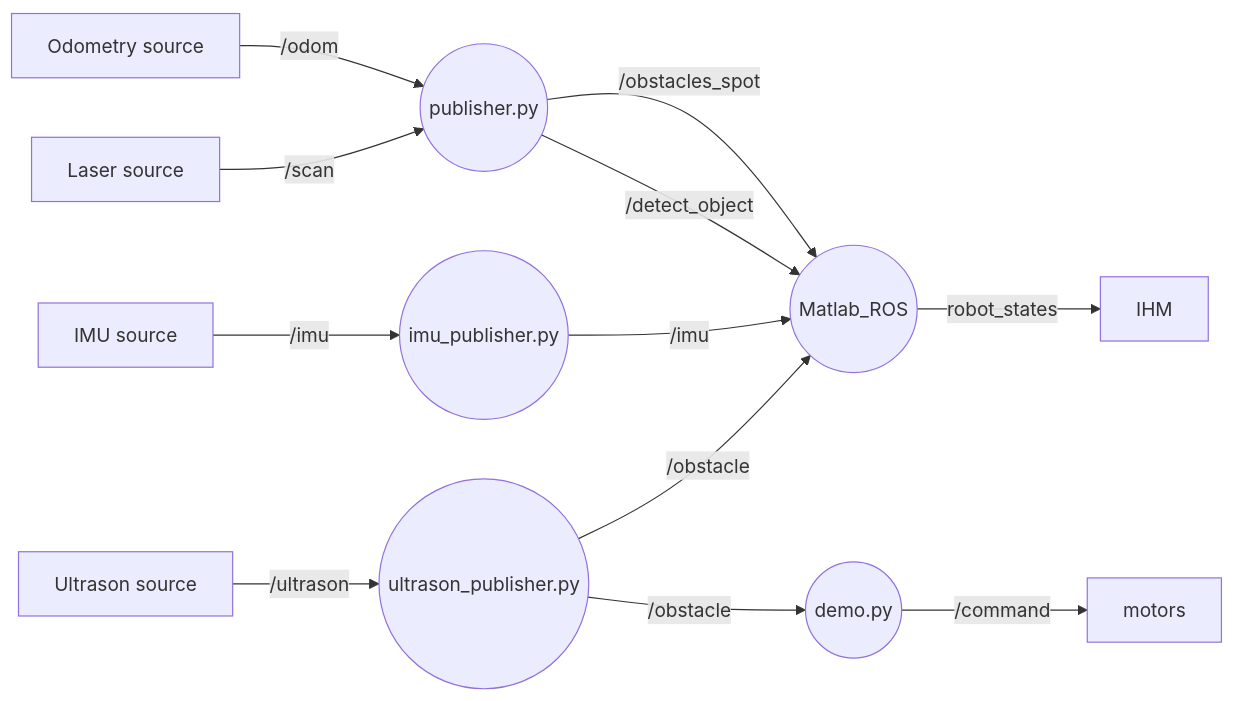
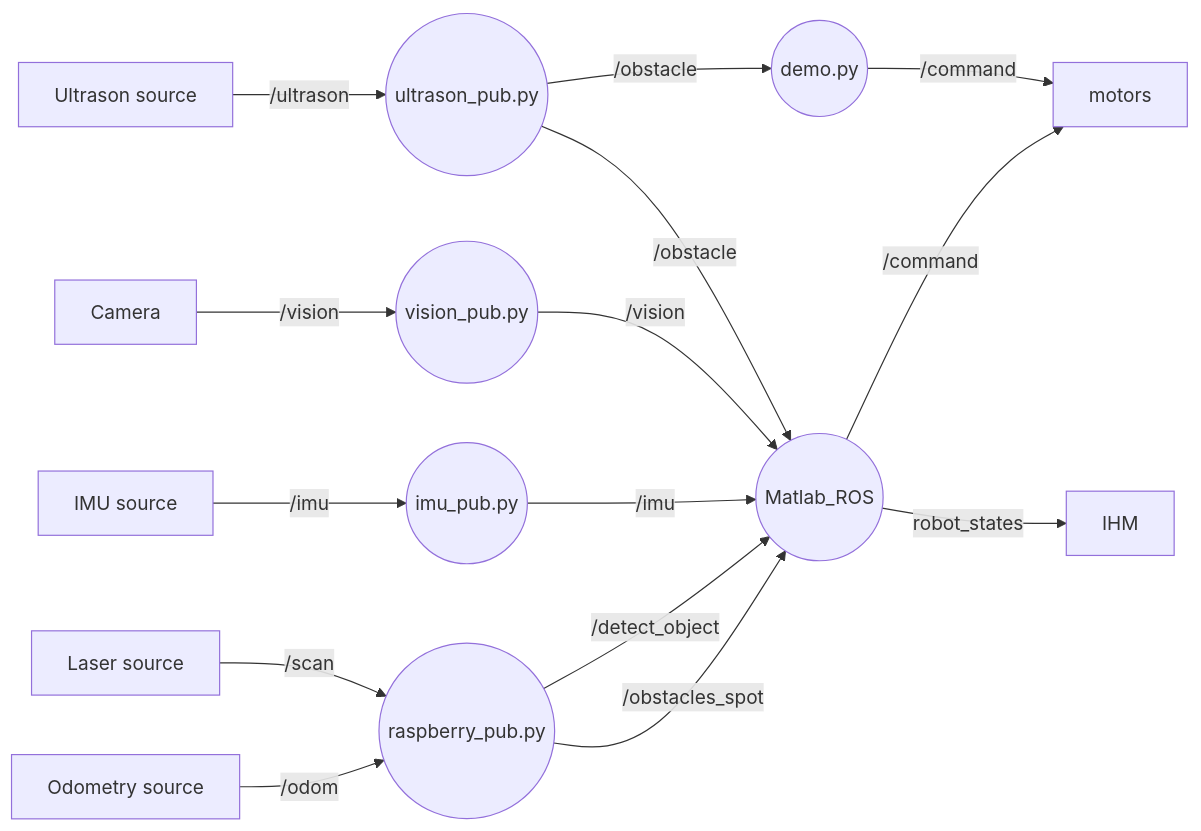
The first of 2 diagrams in README.md (estellebriand/Projet_majeure_master_5A), drawn with Mermaid before and after one commit.

````diff
--- a/README.md
+++ b/README.md
@@ -89,20 +89,24 @@
 ```mermaid
 graph LR
 
-    S1[Odometry source] -- /odom --> Node_pub((publisher.py))
-    S2[Laser source] -- /scan --> Node_pub((publisher.py))
-    S3[IMU source] -- /imu --> Node_imu((imu_publisher.py))  
-    S4[Ultrason source] -- /ultrason -->Node_ultrason((ultrason_publisher.py))
+    S1[Odometry source] -- /odom --> Node_pub((raspberry_pub.py))
+    S2[Laser source] -- /scan --> Node_pub((raspberry_pub.py))
+    S3[IMU source] -- /imu --> Node_imu((imu_pub.py)) 
+    S4[Camera] -- /vision -->Node_vision((vision_pub.py)) 
+    S5[Ultrason source] -- /ultrason -->Node_ultrason((ultrason_pub.py))
+    
     
     Node_ultrason -- /obstacle --> Node_demo((demo.py))
 
+    Node_matlab -- /command --> T1[motors]
     Node_demo((demo.py)) -- /command --> T1[motors]
     
     Node_pub-- /obstacles_spot -->Node_matlab((Matlab_ROS))
     Node_pub -- /detect_object -->Node_matlab
     Node_imu -- /imu --> Node_matlab
+    Node_vision -- /vision --> Node_matlab
     Node_ultrason -- /obstacle --> Node_matlab
     
     
     Node_matlab -- robot_states -->IHM[IHM]
 ```
````
